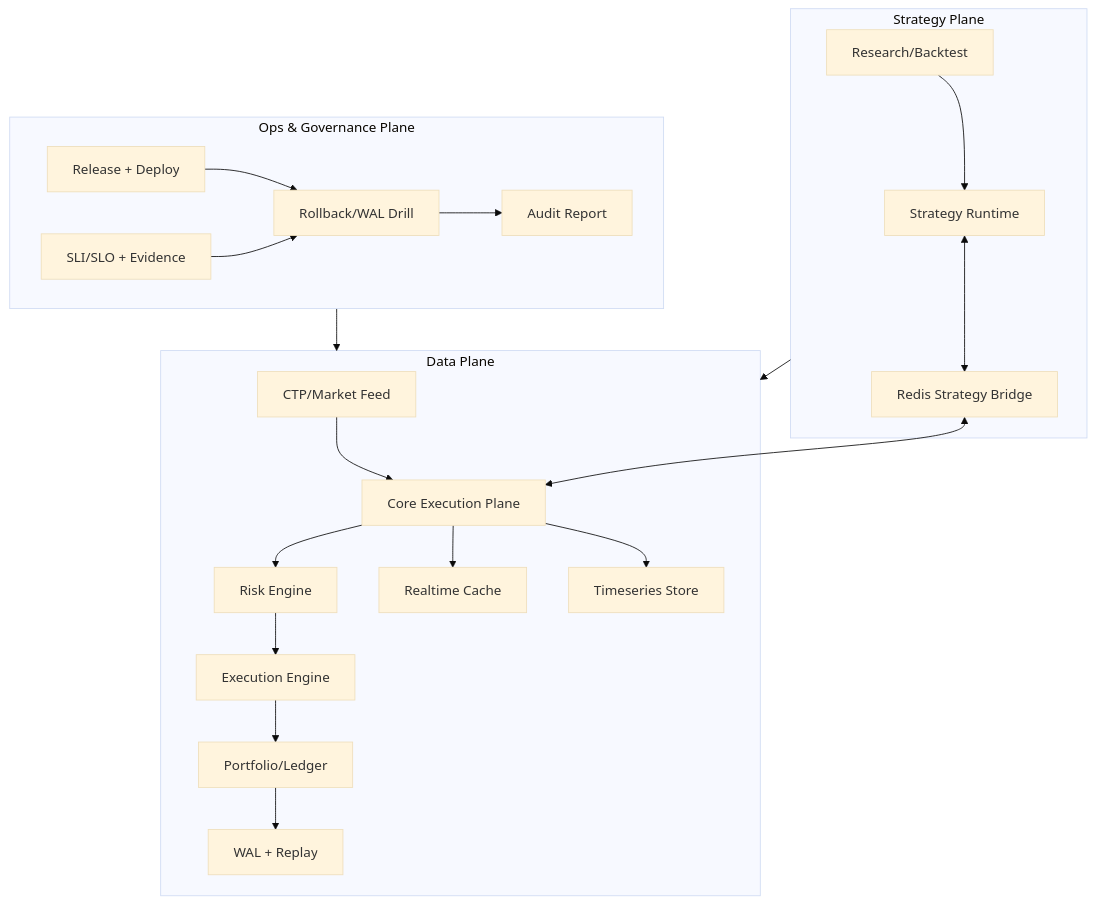
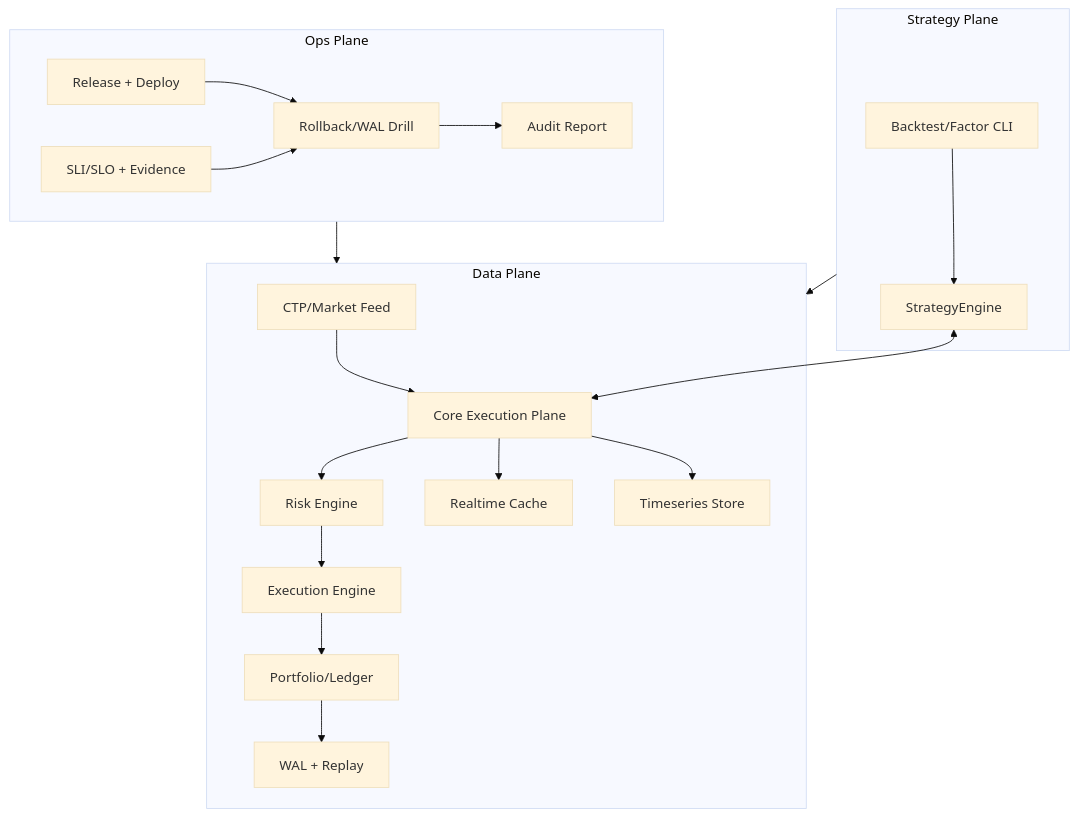
Before and after one commit to zhaofei0923/quant_platform_HF: the second of 2 diagrams in develop/01-系统架构设计/01-01-整体架构图与技术栈选型.md, drawn with Mermaid (base theme). The commit also changed other lines of this file and 25 other files, not shown here.

````diff
--- a/develop/01-系统架构设计/01-01-整体架构图与技术栈选型.md
+++ b/develop/01-系统架构设计/01-01-整体架构图与技术栈选型.md
@@ -42,27 +37,26 @@
 ```mermaid
 flowchart TB
     subgraph DataPlane[Data Plane]
         MD2[CTP/Market Feed] --> CEP[Core Execution Plane]
         CEP --> Risk[Risk Engine]
         Risk --> Exec[Execution Engine]
         Exec --> Ledger[Portfolio/Ledger]
         Ledger --> WAL2[WAL + Replay]
         CEP --> Cache[Realtime Cache]
         CEP --> TS2[Timeseries Store]
     end
 
     subgraph StrategyPlane[Strategy Plane]
-        Research[Research/Backtest] --> Runtime[Strategy Runtime]
-        Runtime <--> Bridge[Redis Strategy Bridge]
-        Bridge <--> CEP
+        Research[Backtest/Factor CLI] --> Runtime[StrategyEngine]
+        Runtime <--> CEP
     end
 
-    subgraph OpsPlane[Ops & Governance Plane]
+    subgraph OpsPlane[Ops Plane]
         Deploy[Release + Deploy] --> Drill[Rollback/WAL Drill]
         Observe[SLI/SLO + Evidence] --> Drill
         Drill --> Audit[Audit Report]
     end
 
     StrategyPlane --> DataPlane
     OpsPlane --> DataPlane
 ```
````
